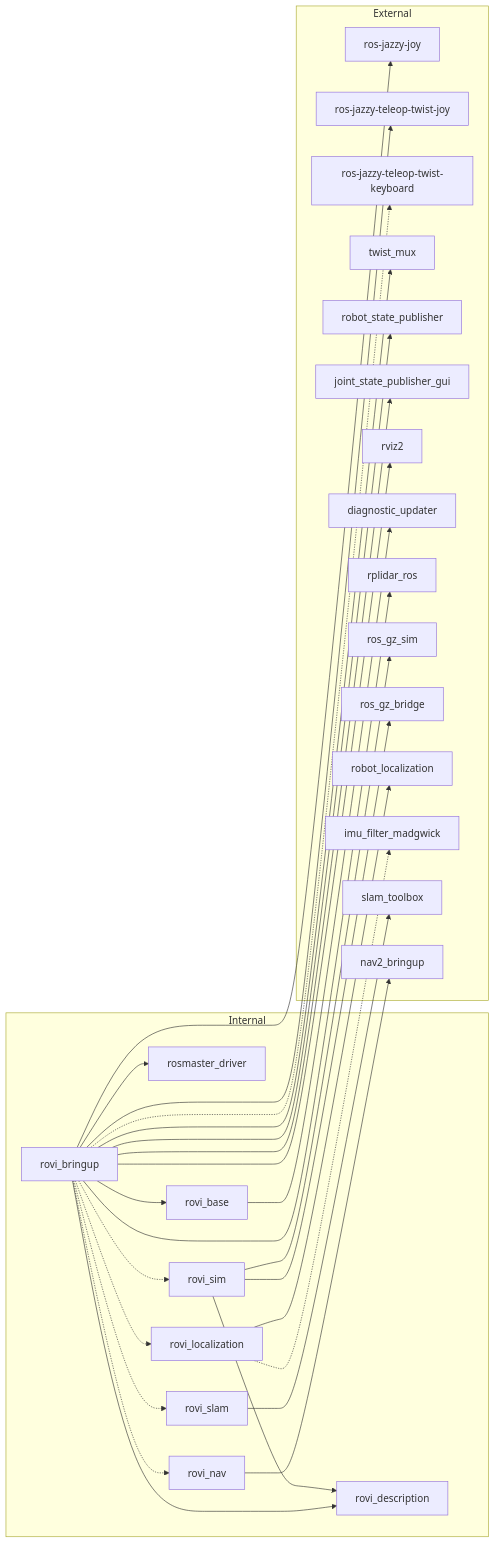
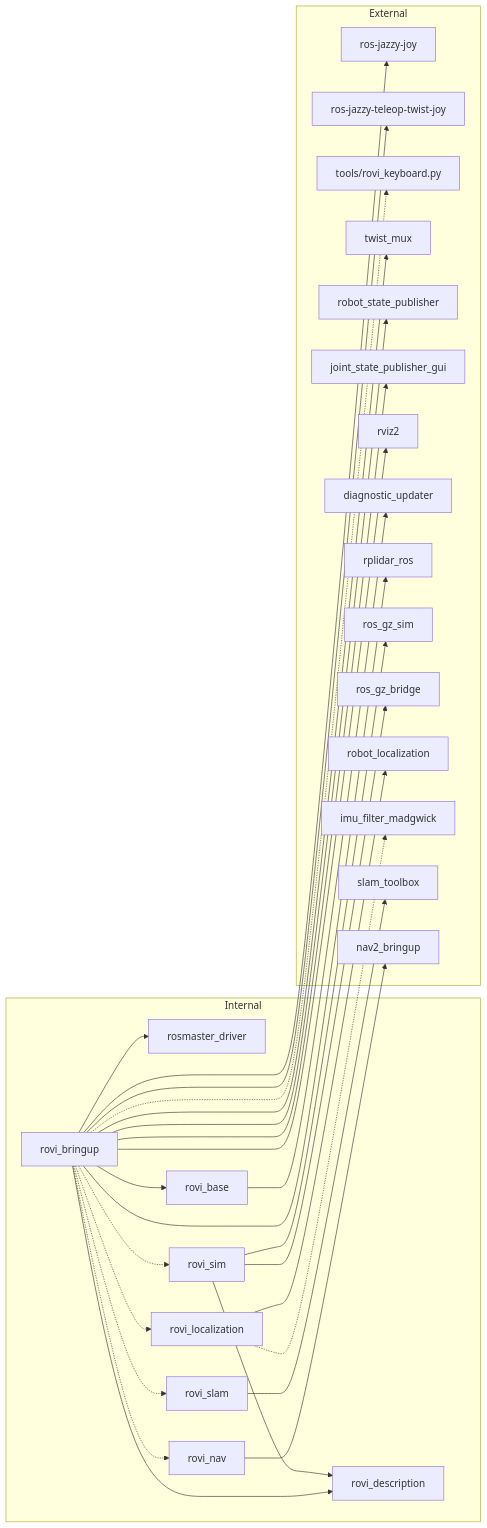
One commit to Roblibs/rovi_ros_ws changed diagram 12 of 12 in README.md. Above: the diagram before and after it, drawn with Mermaid. The commit also changed other lines of this file, not shown here.

````diff
--- a/README.md
+++ b/README.md
@@ -624,58 +601,58 @@
 ```mermaid
 flowchart LR
   subgraph Internal
     RoviBringup[rovi_bringup]
-    RoviSim[rovi_sim]
     RoviDesc[rovi_description]
     Rosmaster[rosmaster_driver]
     RoviBase[rovi_base]
     RoviLoc[rovi_localization]
     RoviSlam[rovi_slam]
     RoviNav[rovi_nav]
+    RoviSim[rovi_sim]
   end
 
   subgraph External
     Joy[ros-jazzy-joy]
     Teleop[ros-jazzy-teleop-twist-joy]
-    TeleopKey[ros-jazzy-teleop-twist-keyboard]
+    TeleopKey[tools/rovi_keyboard.py]
     TwistMux[twist_mux]
     RSP[robot_state_publisher]
     JSPG[joint_state_publisher_gui]
     RVIZ[rviz2]
     Diag[diagnostic_updater]
     RPLidar[rplidar_ros]
     RosGzSim[ros_gz_sim]
     RosGzBridge[ros_gz_bridge]
     EKF[robot_localization]
     ImuFilter[imu_filter_madgwick]
     SlamToolbox[slam_toolbox]
     Nav2[nav2_bringup]
   end
 
   RoviBringup --> RoviDesc
   RoviBringup --> Rosmaster
   RoviBringup --> RoviBase
   RoviBringup -.-> RoviLoc
   RoviBringup -.-> RoviSlam
   RoviBringup -.-> RoviNav
-  RoviBringup -.-> RoviSim
   RoviBringup --> Joy
   RoviBringup --> Teleop
   RoviBringup -.-> TeleopKey
   RoviBringup --> TwistMux
   RoviBringup --> RSP
   RoviBringup --> JSPG
   RoviBringup --> RVIZ
   RoviBringup --> RPLidar
+  RoviBringup -.-> RoviSim
 
   RoviBase --> Diag
 
   RoviLoc --> EKF
   RoviLoc -.-> ImuFilter
   RoviSlam --> SlamToolbox
   RoviNav --> Nav2
 
-  RoviSim --> RoviDesc
   RoviSim --> RosGzSim
   RoviSim --> RosGzBridge
+  RoviSim --> RoviDesc
 ```
````
